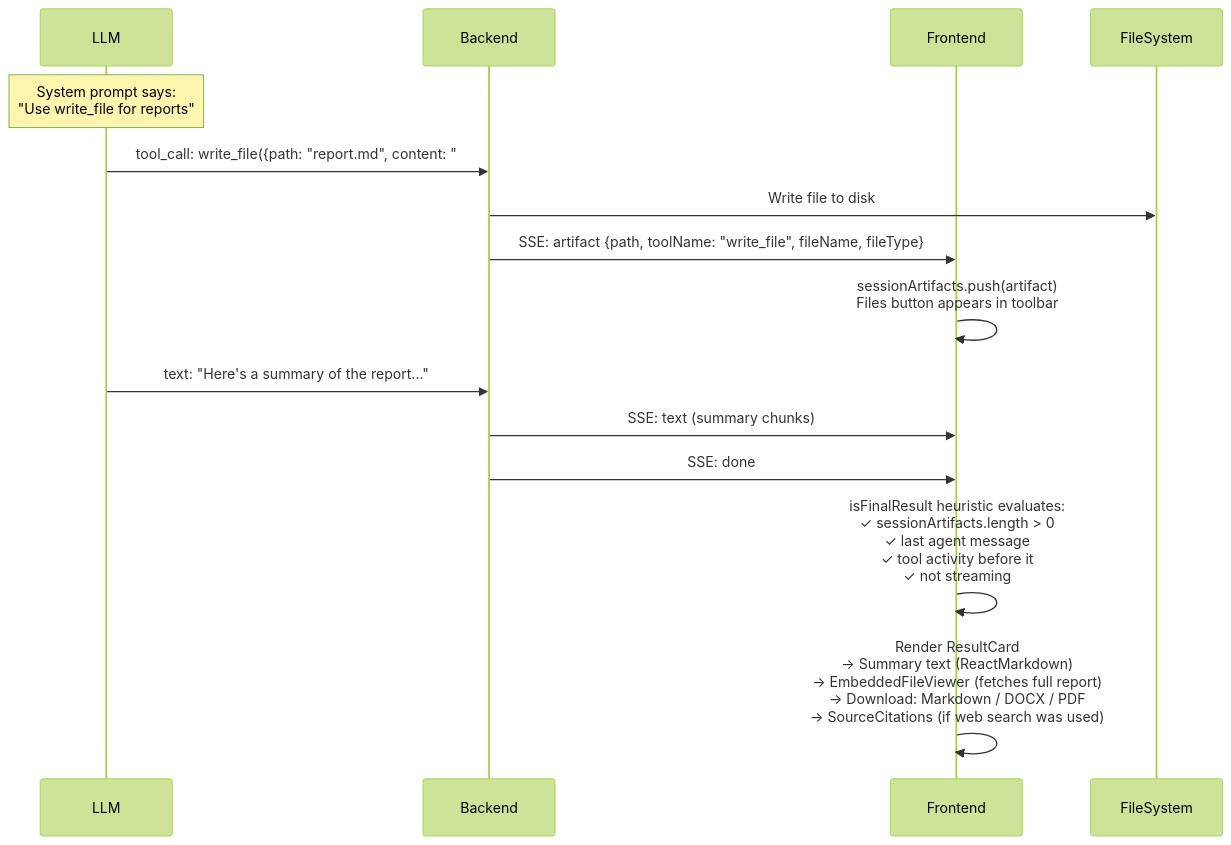
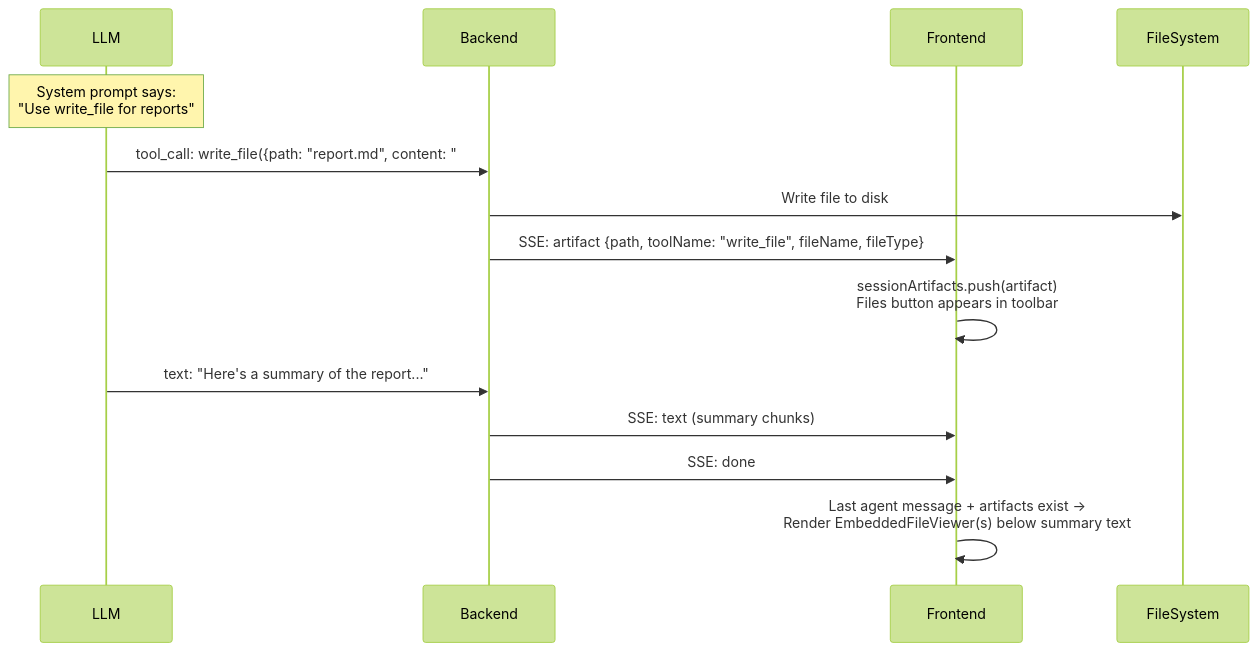
The fourth of 7 diagrams in docs/architecture/chat-rendering-pipeline.md (schardosin/astonish), drawn with Mermaid (forest theme) before and after one commit. The commit also changed other lines of this file and 10 other files, not shown here.

First line of the commit message:
fix: remove ResultCard, promote skill_lookup, titleDone channel, streaming title dedup

````diff
--- a/docs/architecture/chat-rendering-pipeline.md
+++ b/docs/architecture/chat-rendering-pipeline.md
@@ -207,22 +207,20 @@
 ```mermaid
 sequenceDiagram
     participant LLM
     participant Backend
     participant Frontend
     participant FileSystem
 
     Note over LLM: System prompt says:<br/>"Use write_file for reports"
 
     LLM->>Backend: tool_call: write_file({path: "report.md", content: "# Full Report..."})
     Backend->>FileSystem: Write file to disk
     Backend->>Frontend: SSE: artifact {path, toolName: "write_file", fileName, fileType}
     Frontend->>Frontend: sessionArtifacts.push(artifact)<br/>Files button appears in toolbar
 
     LLM->>Backend: text: "Here's a summary of the report..."
     Backend->>Frontend: SSE: text (summary chunks)
     Backend->>Frontend: SSE: done
 
-    Frontend->>Frontend: isFinalResult heuristic evaluates:<br/>✓ sessionArtifacts.length > 0<br/>✓ last agent message<br/>✓ tool activity before it<br/>✓ not streaming
-
-    Frontend->>Frontend: Render ResultCard<br/>→ Summary text (ReactMarkdown)<br/>→ EmbeddedFileViewer (fetches full report)<br/>→ Download: Markdown / DOCX / PDF<br/>→ SourceCitations (if web search was used)
+    Frontend->>Frontend: Last agent message + artifacts exist →<br/>Render EmbeddedFileViewer(s) below summary text
 ```
````
